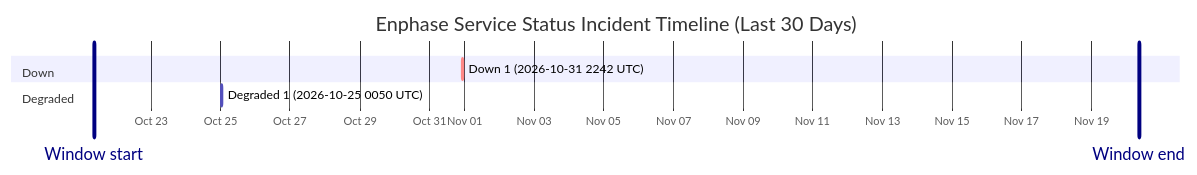
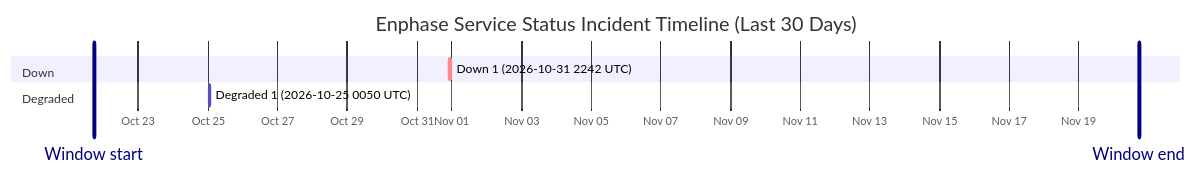
The diagram in wiki/Service-Status-History.md (barneyonline/ha-enphase-energy), drawn with Mermaid before and after one commit. The commit also changed other lines of this file and 3 other files, not shown here.

````diff
--- a/wiki/Service-Status-History.md
+++ b/wiki/Service-Status-History.md
@@ -14,12 +14,12 @@
 ```mermaid
 gantt
     title Enphase Service Status Incident Timeline (Last 30 Days)
     dateFormat  YYYY-MM-DDTHH:mm:ss
     axisFormat  %b %d
-    Window start :vert, window-start, 2026-10-21T08:52:50, 0ms
-    Window end :vert, window-end, 2026-11-20T08:52:50, 0ms
+    Window start :vert, window-start, 2026-10-21T17:32:20, 0ms
+    Window end :vert, window-end, 2026-11-20T17:32:20, 0ms
     section Down
     Down 1 (2026-10-31 2242 UTC) :crit, down-1, 2026-10-31T22:42:18, 60m
     section Degraded
     Degraded 1 (2026-10-25 0050 UTC) :active, degraded-1, 2026-10-25T00:50:01, 60m
 ```
````
